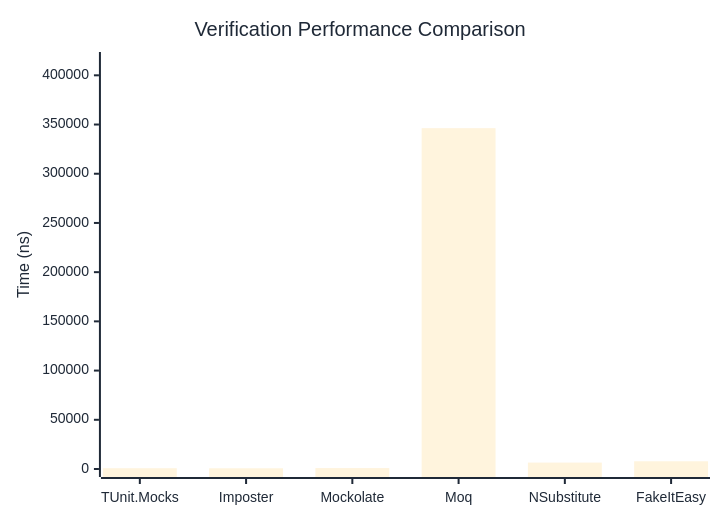
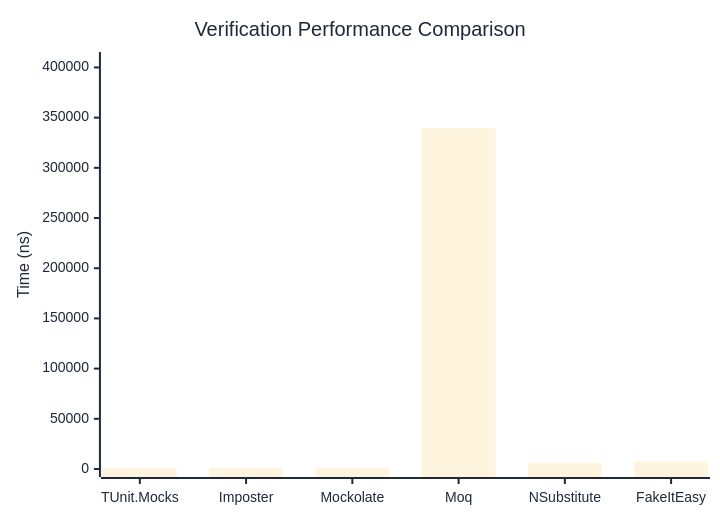
Before and after one commit to thomhurst/TUnit: the first of 3 diagrams in docs/docs/benchmarks/mocks/Verification.md, drawn with Mermaid. The commit also changed other lines of this file and 14 other files, not shown here.

````diff
--- a/docs/docs/benchmarks/mocks/Verification.md
+++ b/docs/docs/benchmarks/mocks/Verification.md
@@ -28,27 +28,27 @@
 ```mermaid
 %%{init: {
   'theme':'base',
   'themeVariables': {
     'primaryColor': '#2563eb',
     'primaryTextColor': '#1f2937',
     'primaryBorderColor': '#1e40af',
     'lineColor': '#6b7280',
     'secondaryColor': '#7c3aed',
     'tertiaryColor': '#dc2626',
     'background': '#ffffff',
     'pie1': '#2563eb',
     'pie2': '#7c3aed',
     'pie3': '#dc2626',
     'pie4': '#f59e0b',
     'pie5': '#10b981',
     'pie6': '#06b6d4',
     'pie7': '#ec4899',
     'pie8': '#6366f1'
   }
 }}%%
 xychart-beta
   title "Verification Performance Comparison"
   x-axis ["TUnit.Mocks", "Imposter", "Mockolate", "Moq", "NSubstitute", "FakeItEasy"]
-  y-axis "Time (ns)" 0 --> 415561
-  bar [794.04, 728.23, 943.98, 346300.4, 6524.12, 7835.22]
+  y-axis "Time (ns)" 0 --> 407432
+  bar [764.91, 769.71, 950.06, 339526.09, 6281.01, 7432.16]
 ```
````
